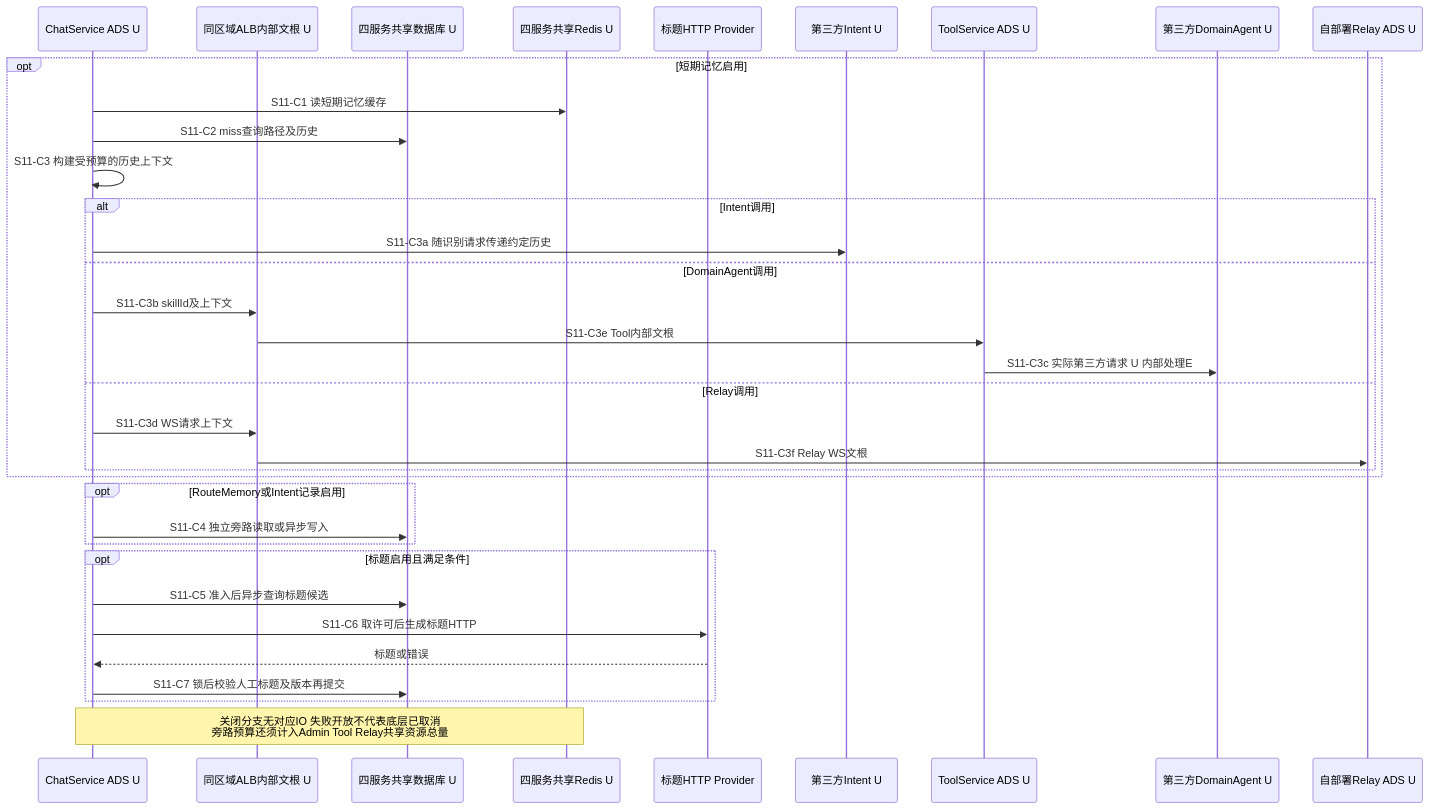
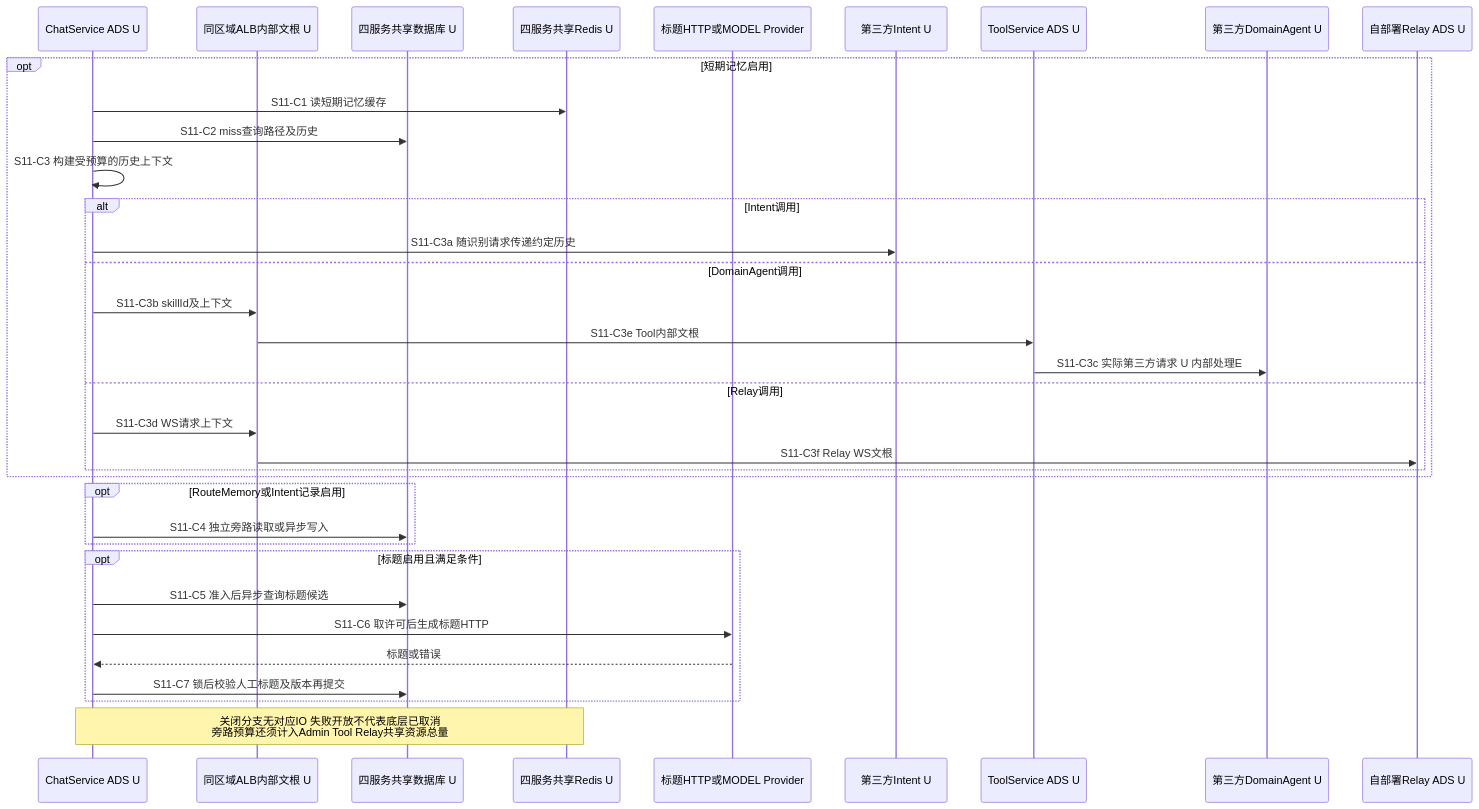
Before and after one commit to kunben-duck/exweb: diagram 21 of 24 in docs/architecture/high-availability/scenarios.md, drawn with Mermaid. The commit also changed other lines of this file and 13 other files, not shown here.

````diff
--- a/docs/architecture/high-availability/scenarios.md
+++ b/docs/architecture/high-availability/scenarios.md
@@ -849,37 +849,37 @@
 ```mermaid
 sequenceDiagram
     participant C as ChatService ADS U
     participant L as 同区域ALB内部文根 U
     participant D as 四服务共享数据库 U
     participant R as 四服务共享Redis U
-    participant T as 标题HTTP Provider
+    participant T as 标题HTTP或MODEL Provider
     participant I as 第三方Intent U
     participant TOOL as ToolService ADS U
     participant DA as 第三方DomainAgent U
     participant RL as 自部署Relay ADS U
     opt 短期记忆启用
         C->>R: S11-C1 读短期记忆缓存
         C->>D: S11-C2 miss查询路径及历史
         C->>C: S11-C3 构建受预算的历史上下文
         alt Intent调用
             C->>I: S11-C3a 随识别请求传递约定历史
         else DomainAgent调用
             C->>L: S11-C3b skillId及上下文
             L->>TOOL: S11-C3e Tool内部文根
             TOOL->>DA: S11-C3c 实际第三方请求 U 内部处理E
         else Relay调用
             C->>L: S11-C3d WS请求上下文
             L->>RL: S11-C3f Relay WS文根
         end
     end
     opt RouteMemory或Intent记录启用
         C->>D: S11-C4 独立旁路读取或异步写入
     end
     opt 标题启用且满足条件
         C->>D: S11-C5 准入后异步查询标题候选
         C->>T: S11-C6 取许可后生成标题HTTP
         T-->>C: 标题或错误
         C->>D: S11-C7 锁后校验人工标题及版本再提交
     end
     Note over C,R: 关闭分支无对应IO 失败开放不代表底层已取消<br/>旁路预算还须计入Admin Tool Relay共享资源总量
 ```
````
